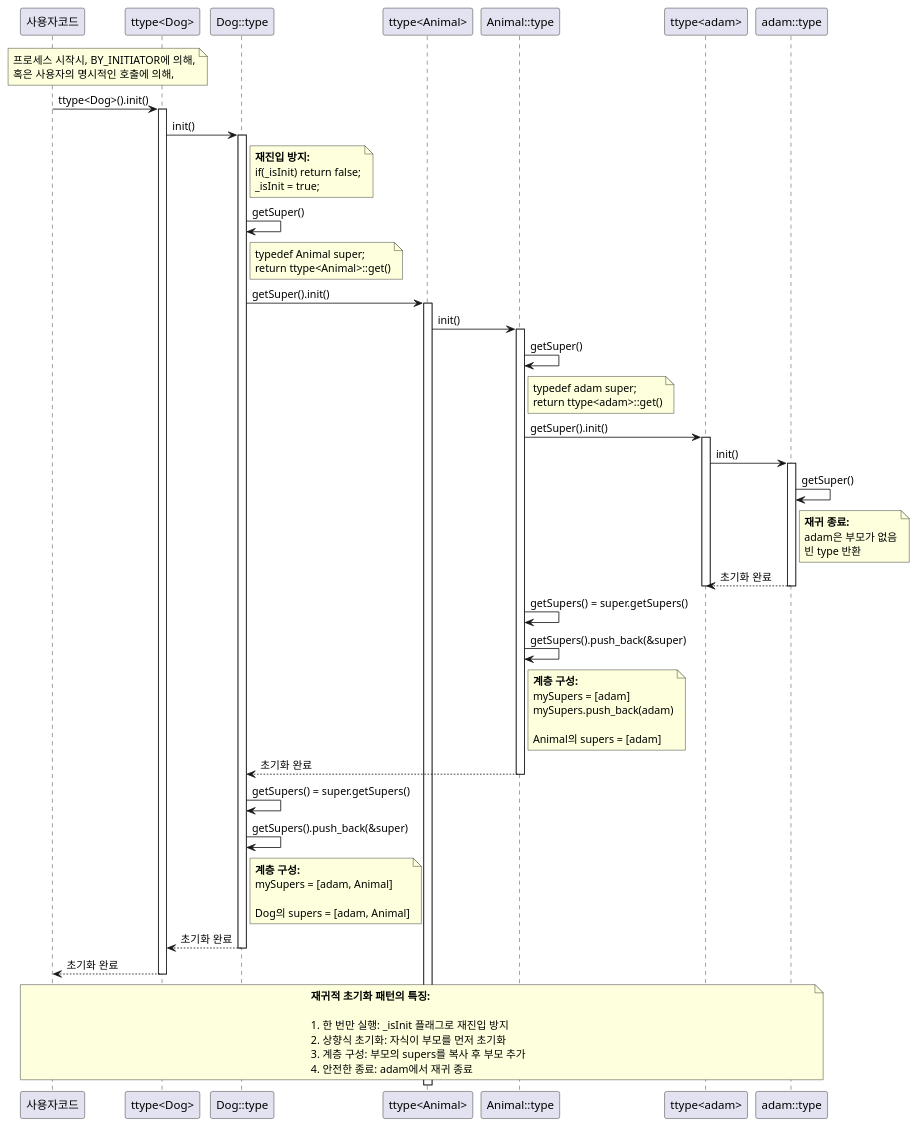
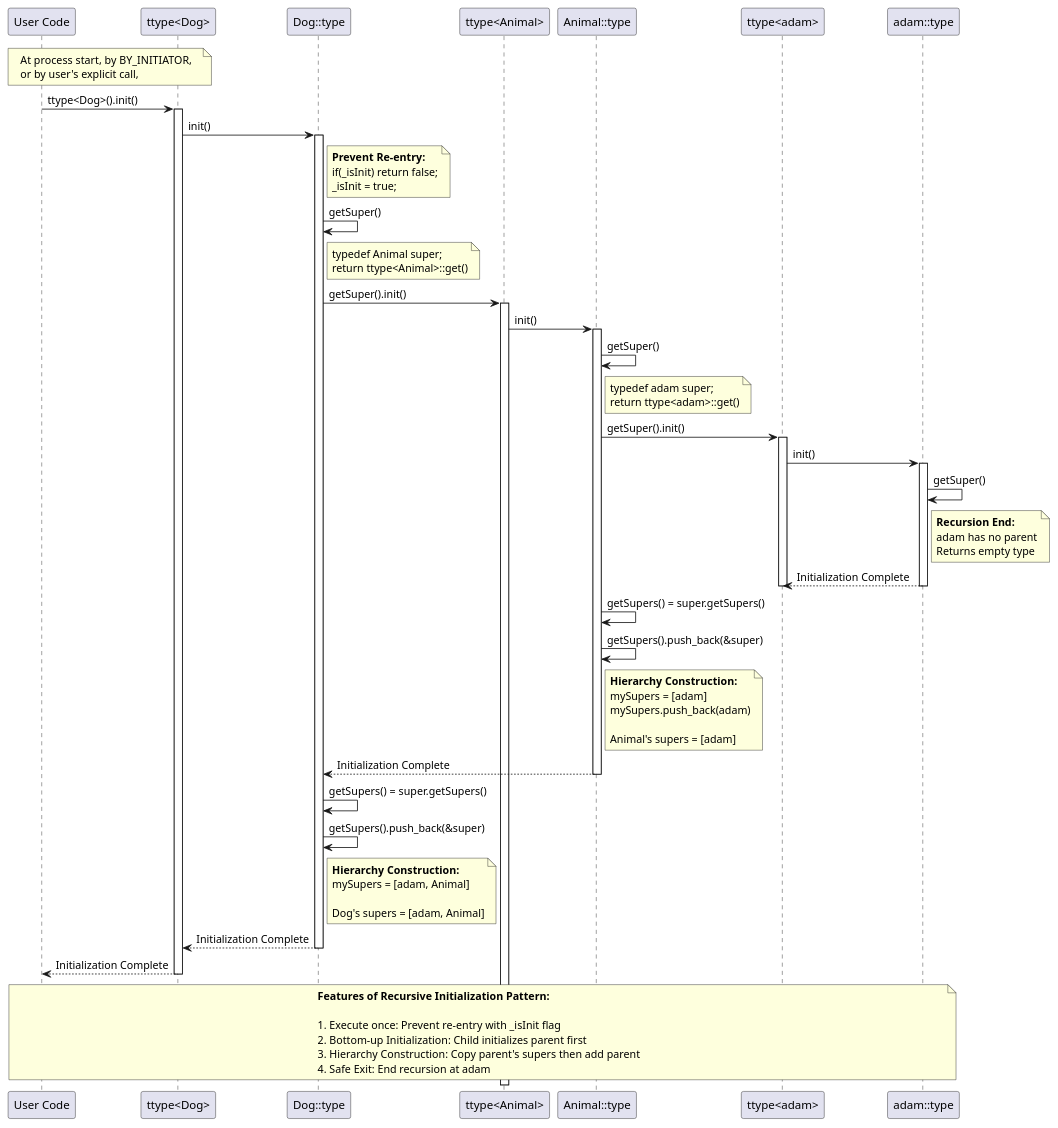
The second of 2 diagrams in doc/ref/ko/af-architecture-meta.md (byeolang/byeol), drawn with PlantUML before and after one commit. The commit also changed other lines of this file and 5 other files, not shown here.

First line of the commit message:
docs: translate Korean to English in PlantUML blocks

```diff
--- a/doc/ref/ko/af-architecture-meta.md
+++ b/doc/ref/ko/af-architecture-meta.md
@@ -416,5 +416,5 @@
 @startuml
-participant "사용자코드" as user
+participant "User Code" as user
 participant "ttype<Dog>" as ttypeDog
 participant "Dog::type" as dogType
 participant "ttype<Animal>" as ttypeAnimal
@@ -423,8 +423,8 @@
 participant "adam::type" as adamType
 
 note over user, ttypeDog
-프로세스 시작시, BY_INITIATOR에 의해,
-혹은 사용자의 명시적인 호출에 의해,
+At process start, by BY_INITIATOR,
+or by user's explicit call,
 end note
 
 user -> ttypeDog : ttype<Dog>().init()
@@ -434,7 +434,7 @@
 activate dogType
 
 note right of dogType
-  <b>재진입 방지:</b>
+  <b>Prevent Re-entry:</b>
   if(_isInit) return false;
   _isInit = true;
 end note
@@ -465,12 +465,12 @@
 
 adamType -> adamType : getSuper()
 note right of adamType
-  <b>재귀 종료:</b>
-  adam은 부모가 없음
-  빈 type 반환
+  <b>Recursion End:</b>
+  adam has no parent
+  Returns empty type
 end note
 
-adamType --> ttypeAdam : 초기화 완료
+adamType --> ttypeAdam : Initialization Complete
 deactivate adamType
 deactivate ttypeAdam
 
@@ -478,39 +478,39 @@
 animalType -> animalType : getSupers().push_back(&super)
 
 note right of animalType
-  <b>계층 구성:</b>
+  <b>Hierarchy Construction:</b>
   mySupers = [adam]
   mySupers.push_back(adam)
 
-  Animal의 supers = [adam]
+  Animal's supers = [adam]
 end note
 
-animalType --> dogType : 초기화 완료
+animalType --> dogType : Initialization Complete
 deactivate animalType
 
 dogType -> dogType : getSupers() = super.getSupers()
 dogType -> dogType : getSupers().push_back(&super)
 
 note right of dogType
-  <b>계층 구성:</b>
+  <b>Hierarchy Construction:</b>
   mySupers = [adam, Animal]
 
-  Dog의 supers = [adam, Animal]
+  Dog's supers = [adam, Animal]
 end note
 
-dogType --> ttypeDog : 초기화 완료
+dogType --> ttypeDog : Initialization Complete
 deactivate dogType
 
-ttypeDog --> user : 초기화 완료
+ttypeDog --> user : Initialization Complete
 deactivate ttypeDog
 
 note over user, adamType
-  <b>재귀적 초기화 패턴의 특징:</b>
+  <b>Features of Recursive Initialization Pattern:</b>
 
-  1. 한 번만 실행: _isInit 플래그로 재진입 방지
-  2. 상향식 초기화: 자식이 부모를 먼저 초기화
-  3. 계층 구성: 부모의 supers를 복사 후 부모 추가
-  4. 안전한 종료: adam에서 재귀 종료
+  1. Execute once: Prevent re-entry with _isInit flag
+  2. Bottom-up Initialization: Child initializes parent first
+  3. Hierarchy Construction: Copy parent's supers then add parent
+  4. Safe Exit: End recursion at adam
 end note
 
 @enduml
```
